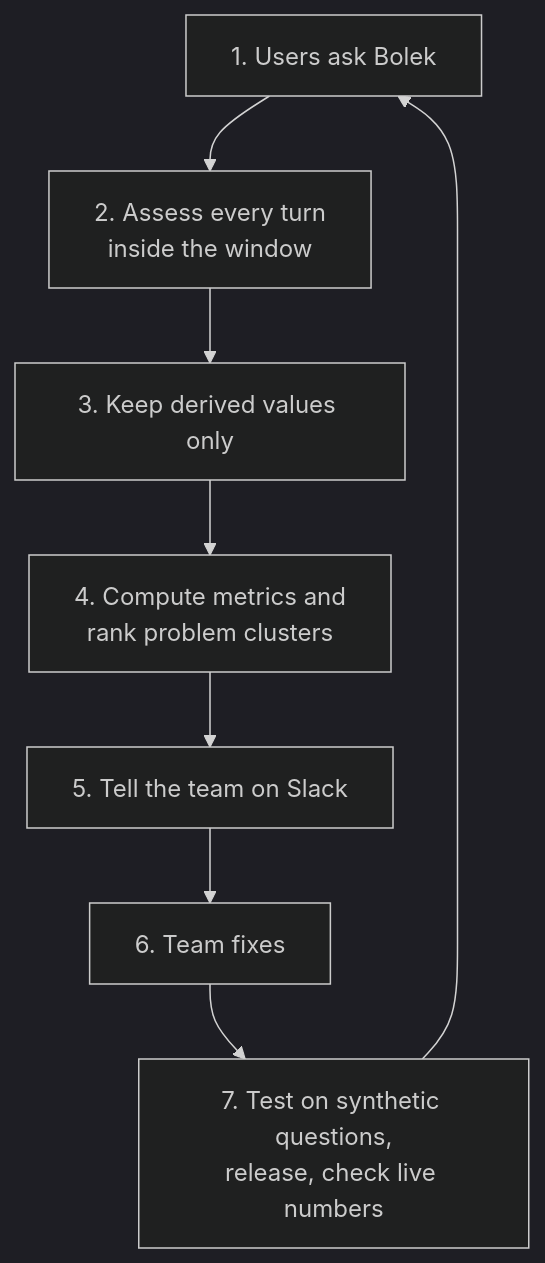
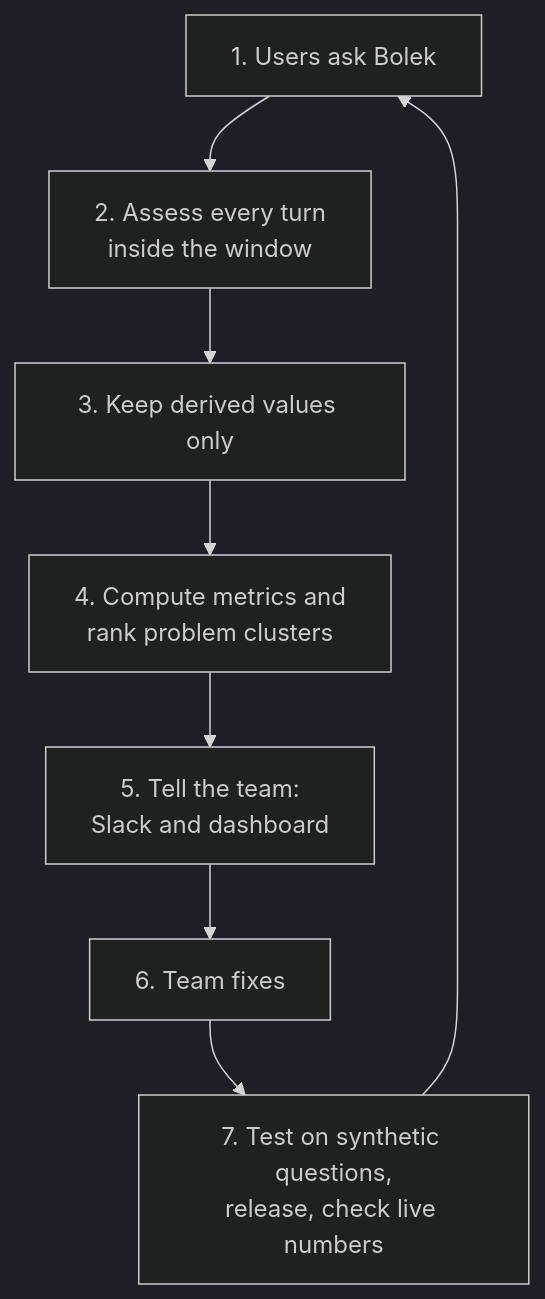
The first of 8 diagrams in design-doc.md (pborkowski-rtbh/conversation-analyzer), drawn with Mermaid (dark theme) before and after one commit. The commit also changed other lines of this file and 2 other files, not shown here.

````diff
--- a/design-doc.md
+++ b/design-doc.md
@@ -167,10 +170,10 @@
 ```mermaid
 flowchart TB
     A["1. Users ask Bolek"] --> B["2. Assess every turn<br/>inside the window"]
     B --> C["3. Keep derived values only"]
     C --> D["4. Compute metrics and<br/>rank problem clusters"]
-    D --> E["5. Tell the team on Slack"]
+    D --> E["5. Tell the team:<br/>Slack and dashboard"]
     E --> F["6. Team fixes"]
     F --> G["7. Test on synthetic questions,<br/>release, check live numbers"]
     G --> A
 ```
````
